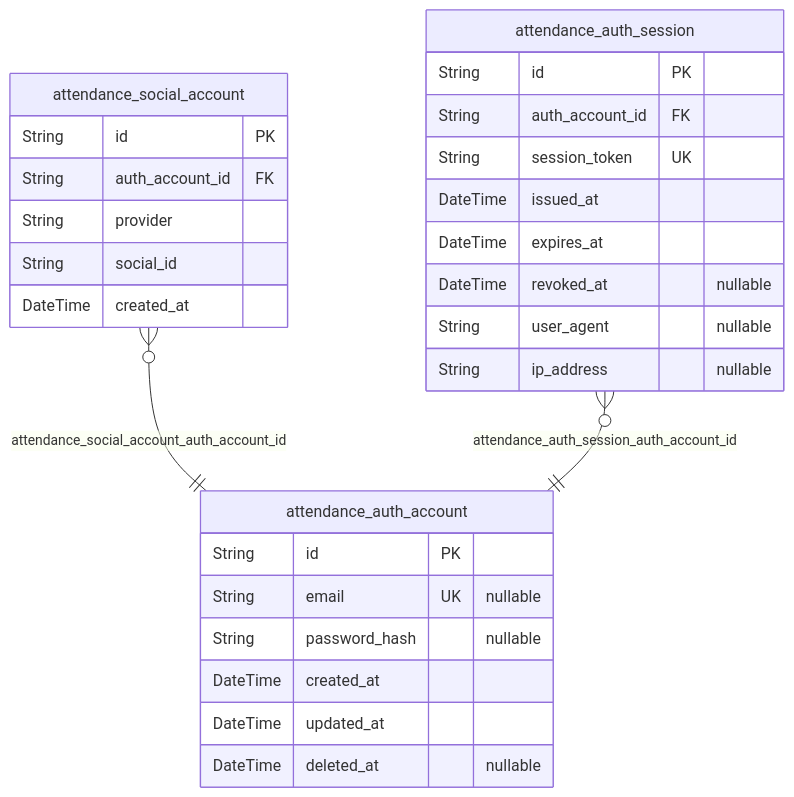
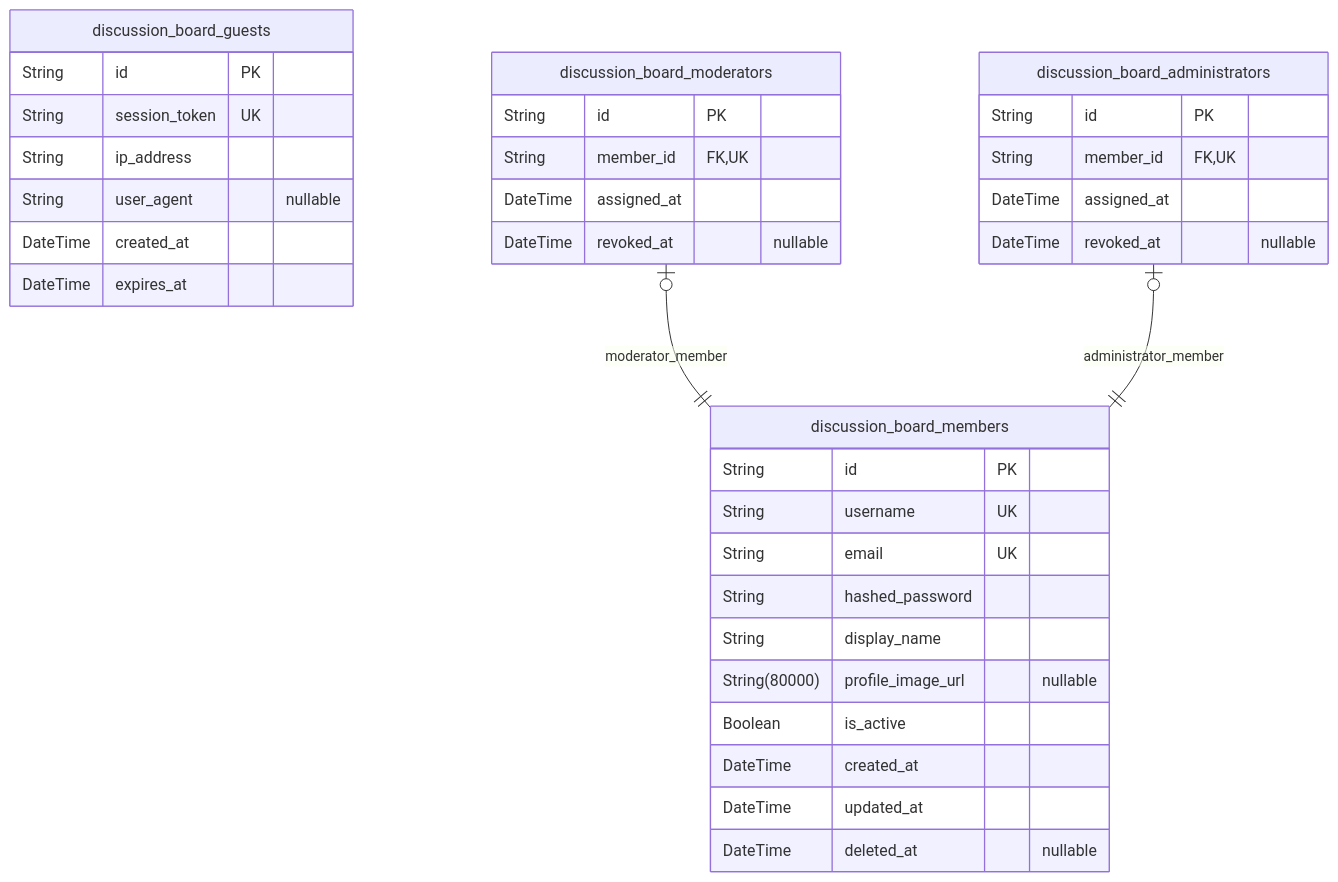
Before and after one commit to wrtnlabs/autobe-example-bbs-openai-gpt-4.1: the second of 8 diagrams in docs/ERD.md, drawn with Mermaid. The commit also changed other lines of this file and 667 other files, not shown here.

````diff
--- a/docs/ERD.md
+++ b/docs/ERD.md
@@ -167,30 +92,37 @@
 ```mermaid
 erDiagram
-"attendance_social_account" {
+"discussion_board_guests" {
   String id PK
-  String auth_account_id FK
-  String provider
-  String social_id
+  String session_token UK
+  String ip_address
+  String user_agent "nullable"
   DateTime created_at
+  DateTime expires_at
 }
-"attendance_auth_account" {
+"discussion_board_members" {
   String id PK
-  String email UK "nullable"
-  String password_hash "nullable"
+  String username UK
+  String email UK
+  String hashed_password
+  String display_name
+  String(80000) profile_image_url "nullable"
+  Boolean is_active
   DateTime created_at
   DateTime updated_at
   DateTime deleted_at "nullable"
 }
-"attendance_auth_session" {
+"discussion_board_moderators" {
   String id PK
-  String auth_account_id FK
-  String session_token UK
-  DateTime issued_at
-  DateTime expires_at
+  String member_id FK,UK
+  DateTime assigned_at
   DateTime revoked_at "nullable"
-  String user_agent "nullable"
-  String ip_address "nullable"
 }
-"attendance_social_account" }o--|| "attendance_auth_account" : attendance_social_account_auth_account_id
-"attendance_auth_session" }o--|| "attendance_auth_account" : attendance_auth_session_auth_account_id
+"discussion_board_administrators" {
+  String id PK
+  String member_id FK,UK
+  DateTime assigned_at
+  DateTime revoked_at "nullable"
+}
+"discussion_board_moderators" |o--|| "discussion_board_members" : moderator_member
+"discussion_board_administrators" |o--|| "discussion_board_members" : administrator_member
 ```
````
